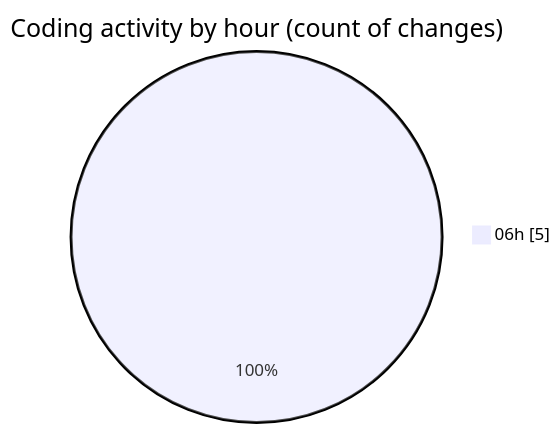
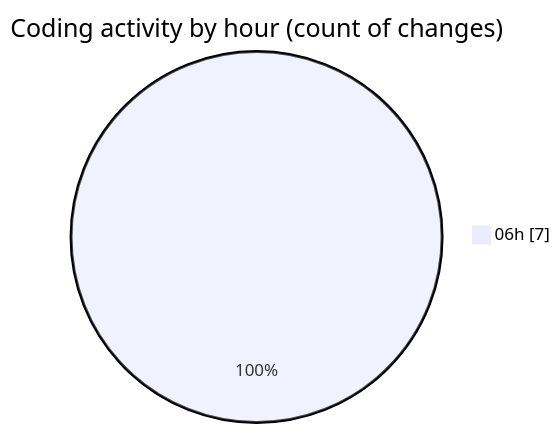
The second of 2 diagrams in 2025-04-18/zeytoon/README.md (vahidmafi/code-tracking), drawn with Mermaid before and after one commit. The commit also changed other lines of this file and 1 other file, not shown here.

````diff
--- a/2025-04-18/zeytoon/README.md
+++ b/2025-04-18/zeytoon/README.md
@@ -28,5 +28,5 @@
 ```mermaid
 pie showData
 title Coding activity by hour (count of changes)
-"06h" : 5
+"06h" : 7
 ```
````
